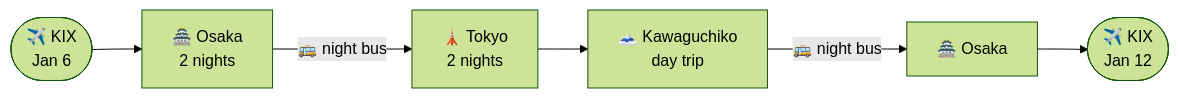
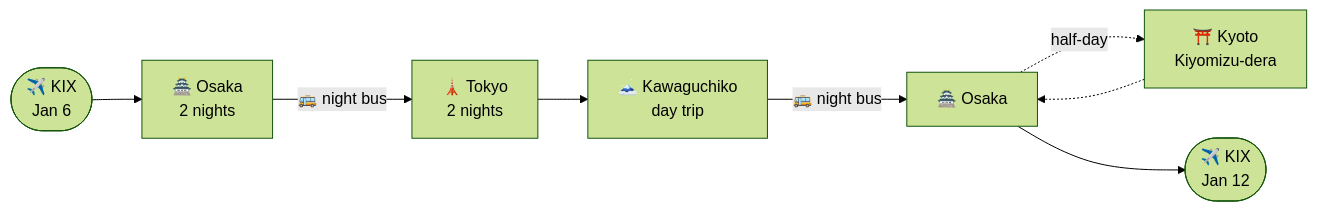
The diagram in README.md (Irfnaimann02/japan-winter-trip-2027), drawn with Mermaid (forest theme) before and after one commit. The commit also changed other lines of this file and 2 other files, not shown here.

Commit message:
Add half-day Kyoto trip to Kiyomizu-dera on Day 6

````diff
--- a/README.md
+++ b/README.md
@@ -31,8 +31,10 @@
 ```mermaid
 flowchart LR
     KIX([✈️ KIX<br/>Jan 6]) --> OSA[🏯 Osaka<br/>2 nights]
     OSA -- 🚌 night bus --> TYO[🗼 Tokyo<br/>2 nights]
     TYO --> FUJI[🗻 Kawaguchiko<br/>day trip]
     FUJI -- 🚌 night bus --> OSA2[🏯 Osaka]
+    OSA2 -. half-day .-> KYO[⛩️ Kyoto<br/>Kiyomizu-dera]
+    KYO -.-> OSA2
     OSA2 --> OUT([✈️ KIX<br/>Jan 12])
 ```
````
